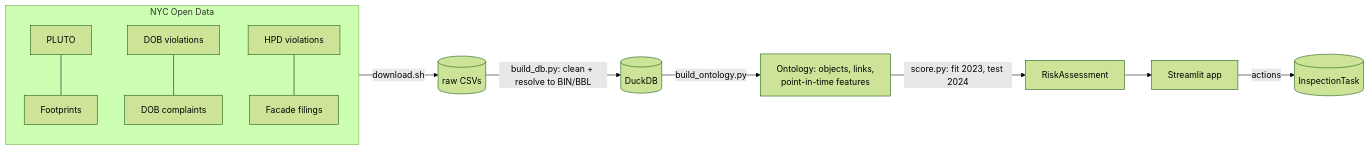
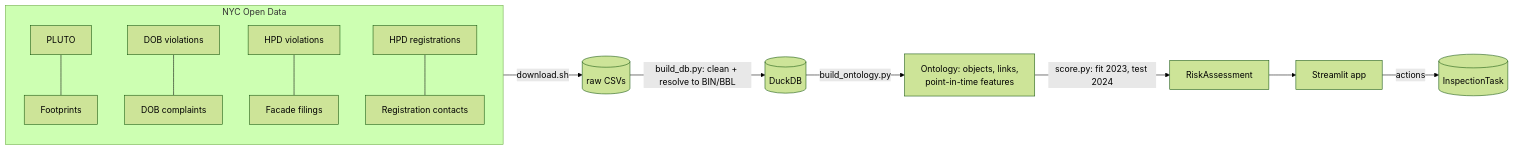
The first of 2 diagrams in README.md (KingDanielE/nyc-building-risk), drawn with Mermaid (forest theme) before and after one commit. The commit also changed other lines of this file and 14 other files, not shown here.

````diff
--- a/README.md
+++ b/README.md
@@ -25,14 +26,15 @@
 ```mermaid
 flowchart LR
   subgraph Sources [NYC Open Data]
     P[PLUTO] --- F[Footprints]
     D[DOB violations] --- C[DOB complaints]
     H[HPD violations] --- S[Facade filings]
+    G[HPD registrations] --- K[Registration contacts]
   end
   Sources -->|download.sh| R[(raw CSVs)]
   R -->|build_db.py: clean + resolve to BIN/BBL| DB[(DuckDB)]
   DB -->|build_ontology.py| O[Ontology: objects, links,<br/>point-in-time features]
   O -->|score.py: fit 2023, test 2024| RA[RiskAssessment]
   RA --> APP[Streamlit app]
   APP -->|actions| T[(InspectionTask)]
 ```
````
